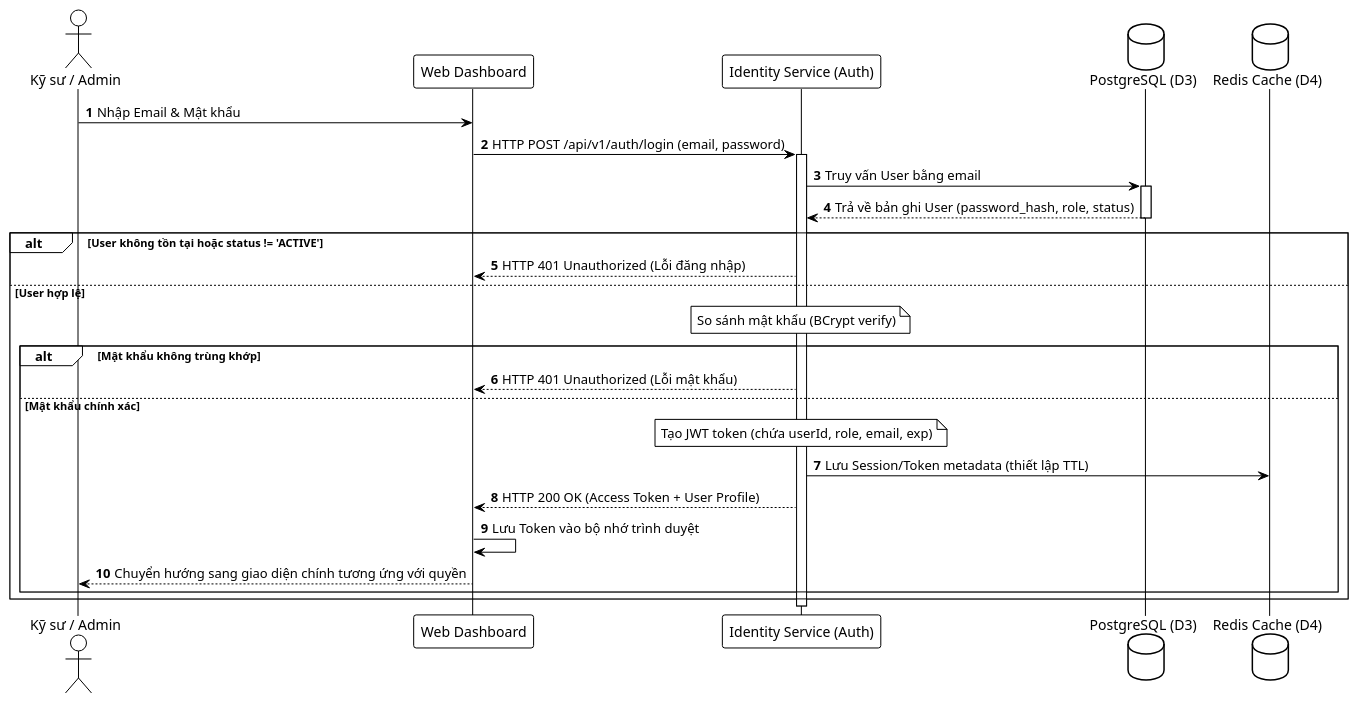
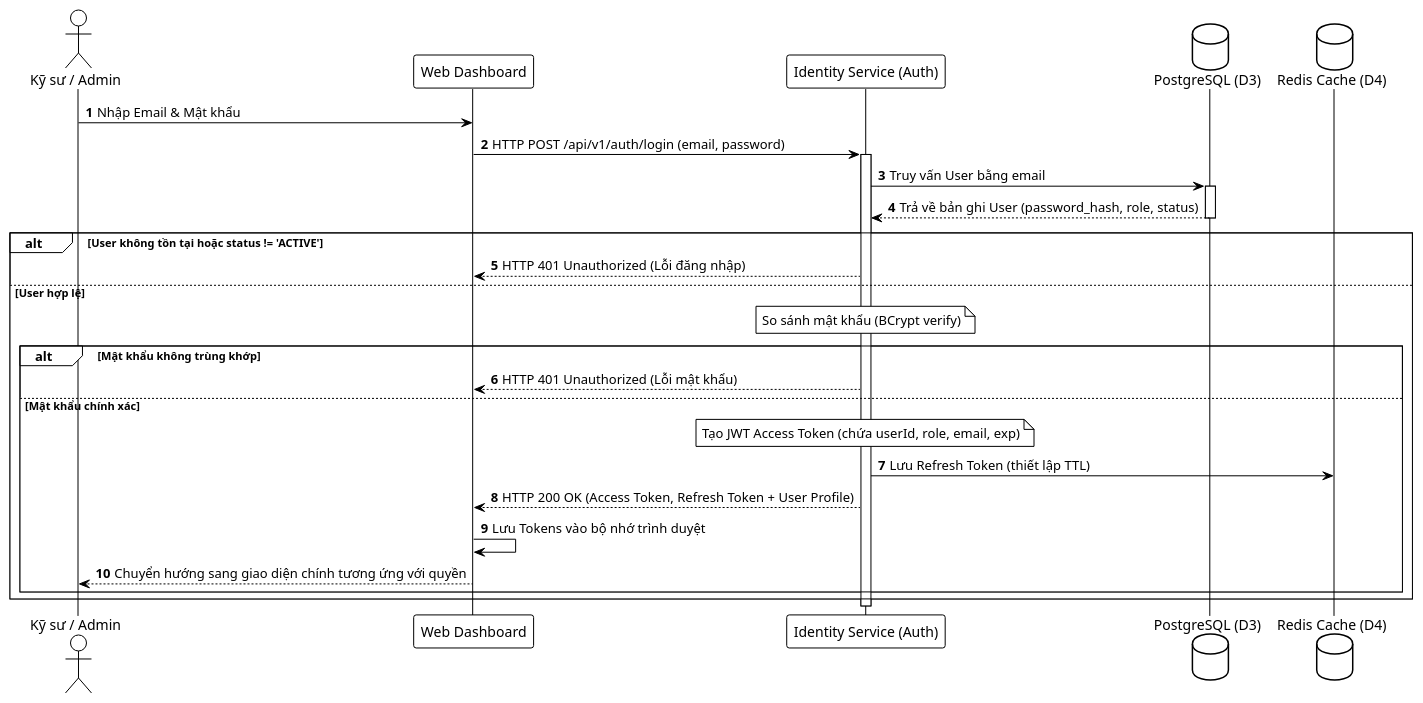
Before and after one commit to nguyentrongduc2005/log-monitoring-system: the second of 14 diagrams in detailed-diagrams.md, drawn with PlantUML. The commit also changed other lines of this file, not shown here.

Commit message:
docs: clarify refresh token storage in redis within login diagrams

````diff
--- a/detailed-diagrams.md
+++ b/detailed-diagrams.md
@@ -48,41 +48,41 @@
 ```plantuml
 @startuml
 !theme plain
 skinparam monochrome true
 skinparam shadowing false
 skinparam defaultFontName "Courier New"
 
 actor "Kỹ sư / Admin" as User
 participant "Web Dashboard" as Dashboard
 participant "Identity Service (Auth)" as API
 database "PostgreSQL (D3)" as DB
 database "Redis Cache (D4)" as Redis
 
 autonumber
 
 User -> Dashboard : Nhập Email & Mật khẩu
 Dashboard -> API : HTTP POST /api/v1/auth/login (email, password)
 activate API
 API -> DB : Truy vấn User bằng email
 activate DB
 DB --> API : Trả về bản ghi User (password_hash, role, status)
 deactivate DB
 
 alt User không tồn tại hoặc status != 'ACTIVE'
     API --> Dashboard : HTTP 401 Unauthorized (Lỗi đăng nhập)
 else User hợp lệ
     Note over API : So sánh mật khẩu (BCrypt verify)
     alt Mật khẩu không trùng khớp
         API --> Dashboard : HTTP 401 Unauthorized (Lỗi mật khẩu)
     else Mật khẩu chính xác
-        Note over API : Tạo JWT token (chứa userId, role, email, exp)
-        API -> Redis : Lưu Session/Token metadata (thiết lập TTL)
-        API --> Dashboard : HTTP 200 OK (Access Token + User Profile)
-        Dashboard -> Dashboard : Lưu Token vào bộ nhớ trình duyệt
+        Note over API : Tạo JWT Access Token (chứa userId, role, email, exp)
+        API -> Redis : Lưu Refresh Token (thiết lập TTL)
+        API --> Dashboard : HTTP 200 OK (Access Token, Refresh Token + User Profile)
+        Dashboard -> Dashboard : Lưu Tokens vào bộ nhớ trình duyệt
         Dashboard --> User : Chuyển hướng sang giao diện chính tương ứng với quyền
     end
 end
 deactivate API
 
 @enduml
 ```
````
